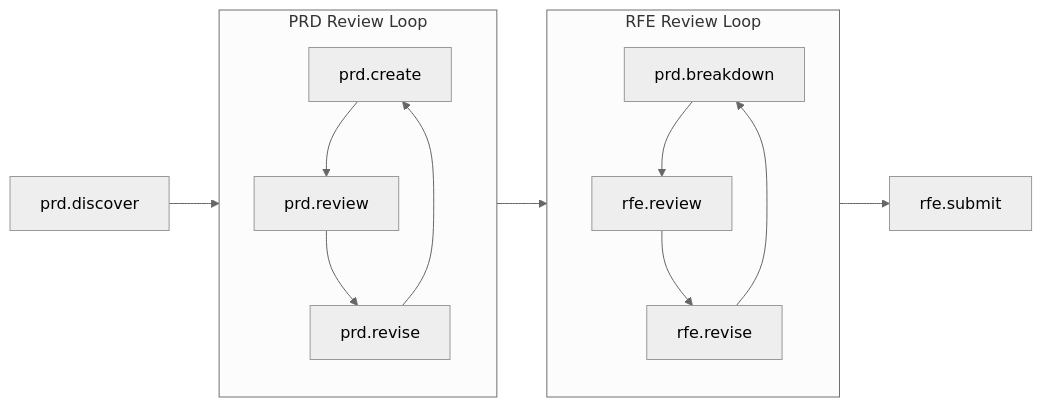
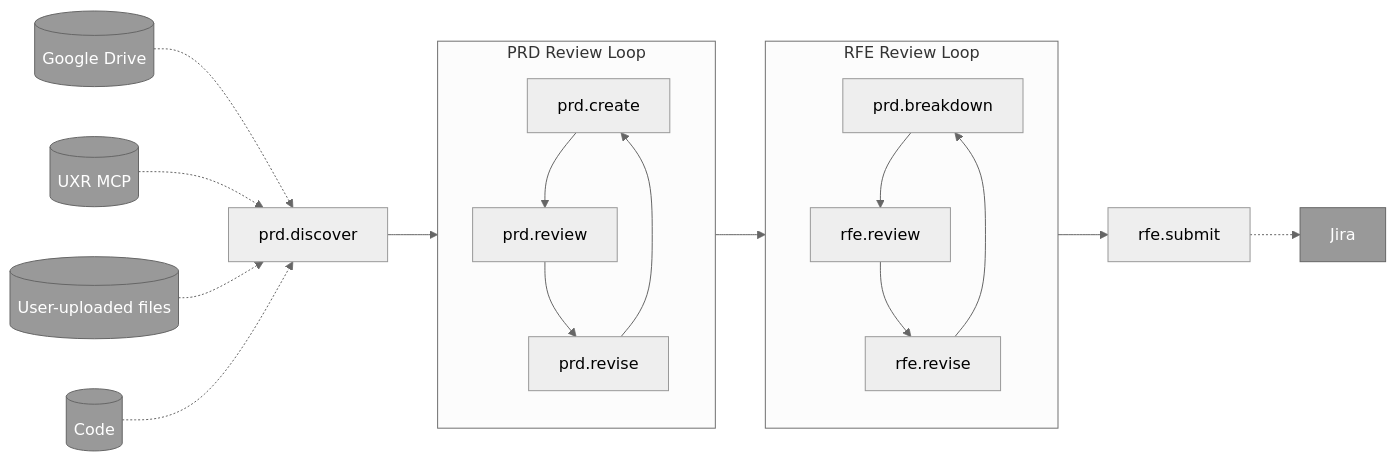
One commit to jeremyeder/workflows changed the diagram in workflows/prd-rfe-workflow/README.md. Above: the diagram before and after it, drawn with Mermaid (neutral theme). The commit also changed other lines of this file and 1 other file, not shown here.

Commit message:
update diagram

````diff
--- a/workflows/prd-rfe-workflow/README.md
+++ b/workflows/prd-rfe-workflow/README.md
@@ -7,19 +7,31 @@
 ```mermaid
 flowchart LR
+    GD[(Google Drive)] -.-> A
+    UXR[(UXR MCP)] -.-> A
+    UF[(User-uploaded files)] -.-> A
+    CODE[(Code)] -.-> A
+    
     A[prd.discover] --> review_loop
     
     subgraph review_loop["PRD Review Loop"]
         B[prd.create] --> C[prd.review]
         C --> D[prd.revise]
         D --> B
     end
     
     subgraph rfe_loop["RFE Review Loop"]
         E[prd.breakdown] --> F[rfe.review]
         F --> G[rfe.revise]
         G --> E
     end
     
     review_loop --> rfe_loop
     rfe_loop --> H[rfe.submit]
+    H -.-> JIRA[Jira]
+    
+    style GD fill:#999,stroke:#666,color:#fff
+    style UXR fill:#999,stroke:#666,color:#fff
+    style UF fill:#999,stroke:#666,color:#fff
+    style CODE fill:#999,stroke:#666,color:#fff
+    style JIRA fill:#999,stroke:#666,color:#fff
 ```
````
